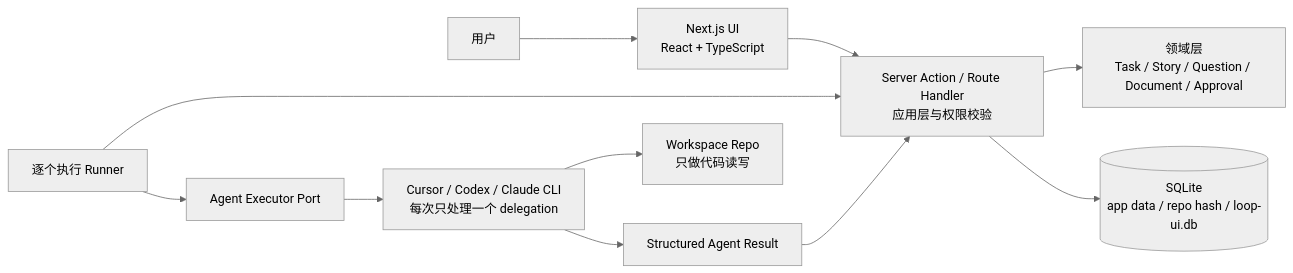
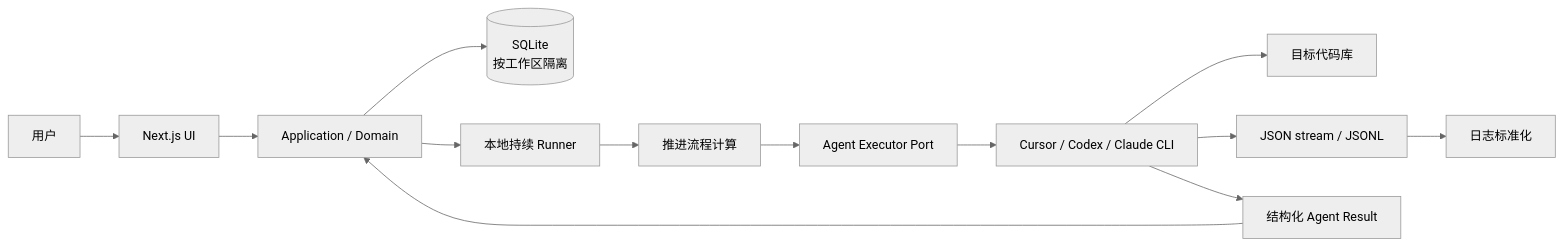
The diagram in docs/v1-technical-solution.md (InspireChina/ai4se-loop-workflow), drawn with Mermaid (neutral theme) before and after one commit. The commit also changed other lines of this file and 31 other files, not shown here.

````diff
--- a/docs/v1-technical-solution.md
+++ b/docs/v1-technical-solution.md
@@ -23,13 +26,15 @@
 ```mermaid
 flowchart LR
-  User["用户"] --> Web["Next.js UI\nReact + TypeScript"]
-  Web --> App["Server Action / Route Handler\n应用层与权限校验"]
-  App --> Domain["领域层\nTask / Story / Question / Document / Approval"]
-  App --> DB[("SQLite\napp data / repo hash / loop-ui.db")]
-  Runner["逐个执行 Runner"] --> App
-  Runner --> Executor["Agent Executor Port"]
-  Executor --> Agent["Cursor / Codex / Claude CLI\n每次只处理一个 delegation"]
-  Agent --> Result["Structured Agent Result"]
+  User["用户"] --> UI["Next.js UI"]
+  UI --> App["Application / Domain"]
+  App --> DB[("SQLite\n按工作区隔离")]
+  App --> Runner["本地持续 Runner"]
+  Runner --> Flow["推进流程计算"]
+  Flow --> Executor["Agent Executor Port"]
+  Executor --> CLI["Cursor / Codex / Claude CLI"]
+  CLI --> Repo["目标代码库"]
+  CLI --> Stream["JSON stream / JSONL"]
+  Stream --> Logs["日志标准化"]
+  CLI --> Result["结构化 Agent Result"]
   Result --> App
-  Agent --> Repo["Workspace Repo\n只做代码读写"]
 ```
````
